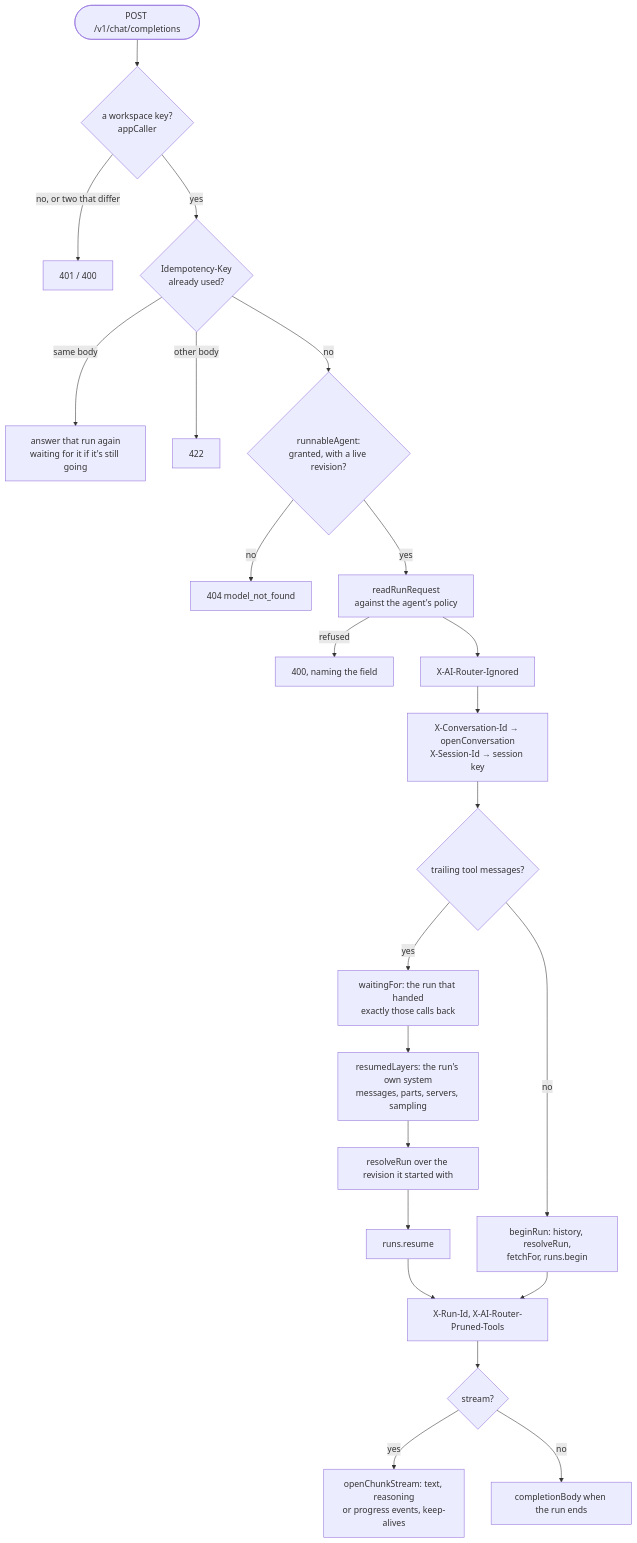
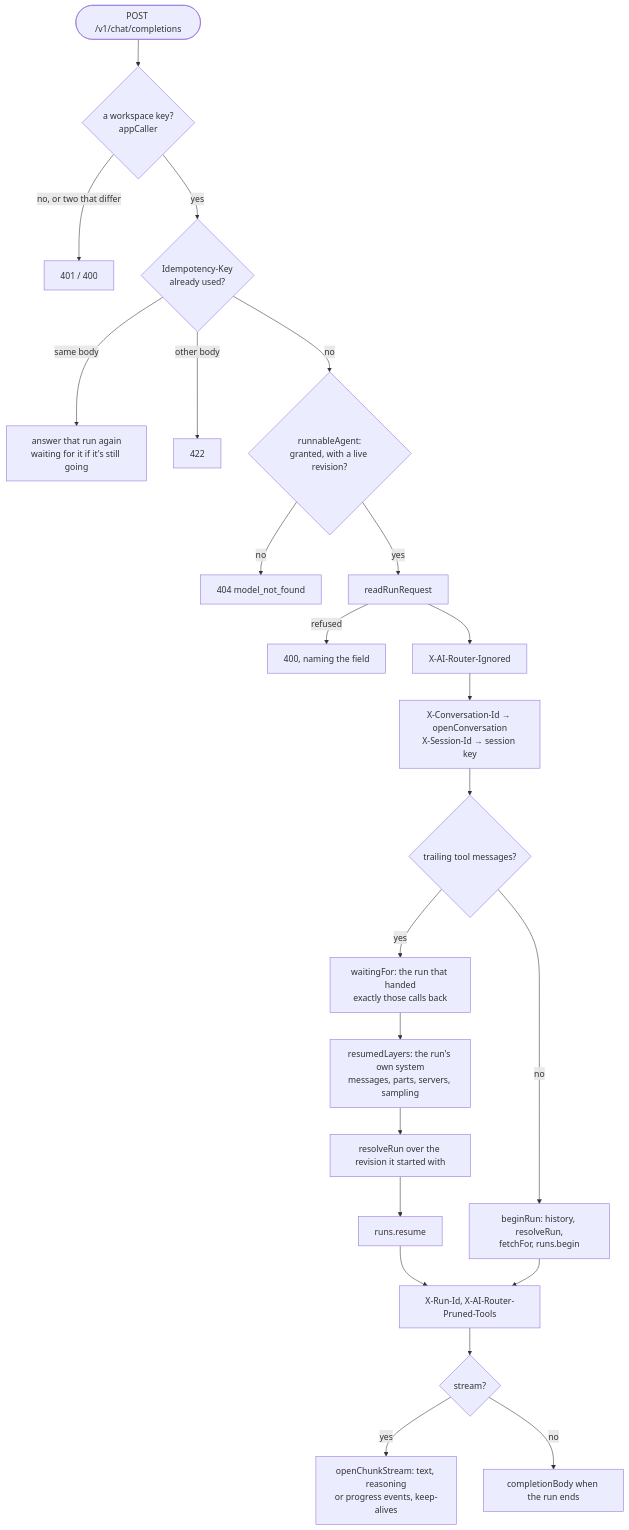
One commit to cubicecho/ai-router changed the fourth of 12 diagrams in HOW-IT-WORKS.md. Above: the diagram before and after it, drawn with Mermaid. The commit also changed other lines of this file and 43 other files, not shown here.

````diff
--- a/HOW-IT-WORKS.md
+++ b/HOW-IT-WORKS.md
@@ -175,25 +175,25 @@
 ```mermaid
 flowchart TB
   req(["POST /v1/chat/completions"]) --> key{"a workspace key?<br/>appCaller"}
   key -- "no, or two that differ" --> r401["401 / 400"]
   key -- "yes" --> idem{"Idempotency-Key<br/>already used?"}
   idem -- "same body" --> repeat["answer that run again<br/>waiting for it if it's still going"]
   idem -- "other body" --> r422["422"]
   idem -- "no" --> agent{"runnableAgent:<br/>granted, with a live revision?"}
   agent -- "no" --> r404["404 model_not_found"]
-  agent -- "yes" --> read["readRunRequest<br/>against the agent's policy"]
+  agent -- "yes" --> read["readRunRequest"]
   read -- "refused" --> r400["400, naming the field"]
   read --> hdr1["X-AI-Router-Ignored"]
   hdr1 --> conv["X-Conversation-Id → openConversation<br/>X-Session-Id → session key"]
   conv --> answers{"trailing tool messages?"}
   answers -- "yes" --> waiting["waitingFor: the run that handed<br/>exactly those calls back"]
   waiting --> resumed["resumedLayers: the run's own system<br/>messages, parts, servers, sampling"]
   resumed --> resolve2["resolveRun over the revision it started with"]
   resolve2 --> resume["runs.resume"]
   answers -- "no" --> begin["beginRun: history, resolveRun,<br/>fetchFor, runs.begin"]
   resume --> hdr2
   begin --> hdr2["X-Run-Id, X-AI-Router-Pruned-Tools"]
   hdr2 --> stream{"stream?"}
   stream -- "yes" --> chunks["openChunkStream: text, reasoning<br/>or progress events, keep-alives"]
   stream -- "no" --> json["completionBody when the run ends"]
 ```
````
